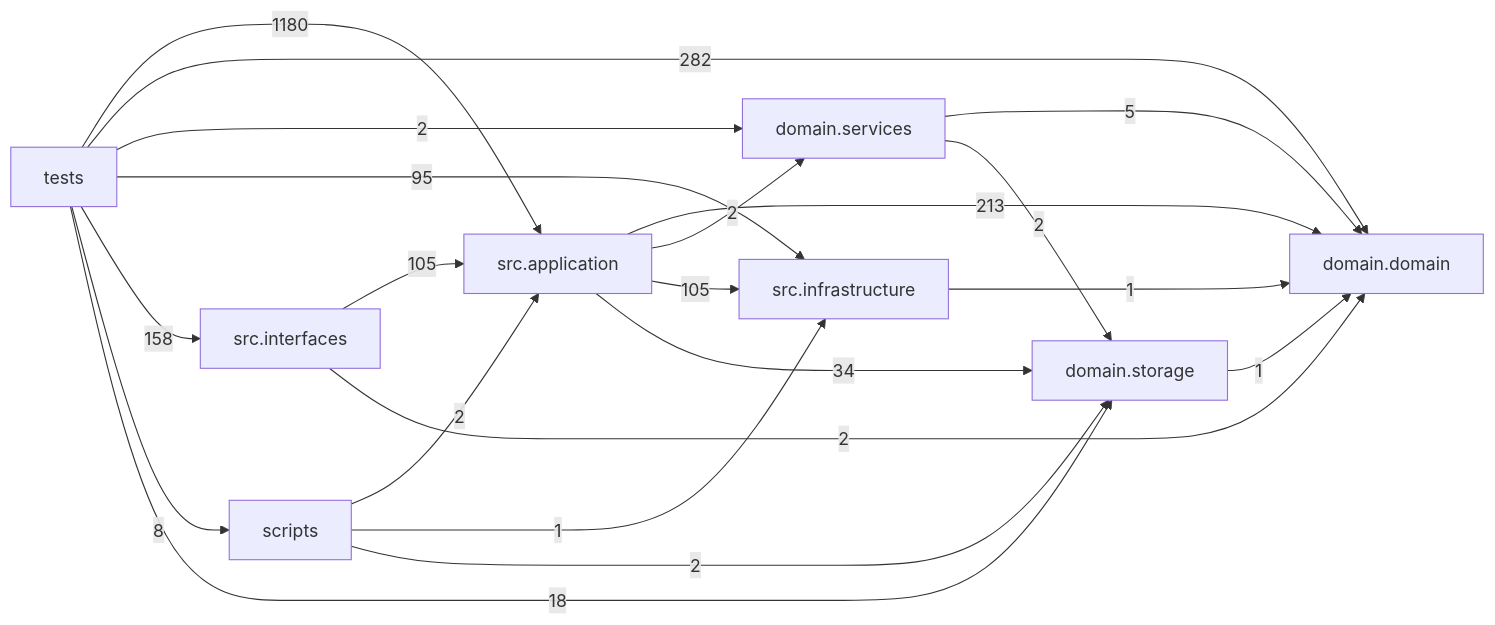
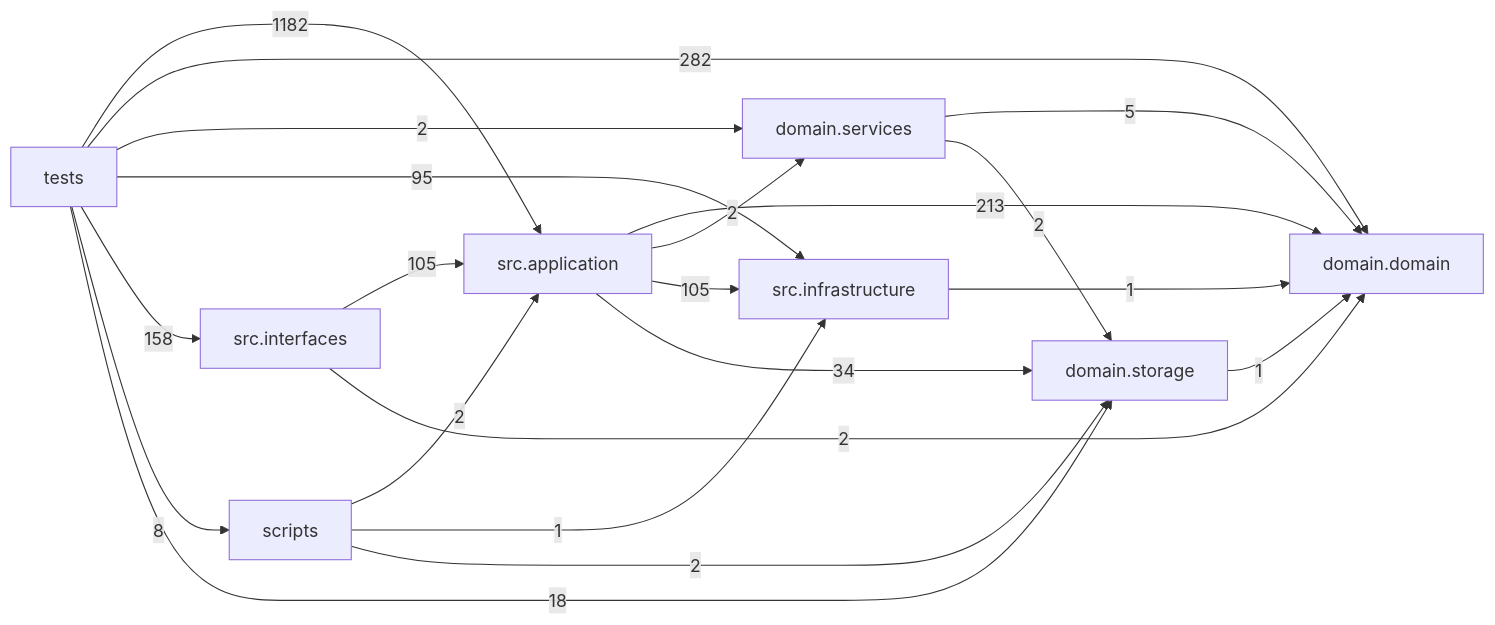
Before and after one commit to liuxie066/options-monitor: the diagram in docs/DEPENDENCY_GRAPH.md, drawn with Mermaid. The commit also changed other lines of this file and 4 other files, not shown here.

````diff
--- a/docs/DEPENDENCY_GRAPH.md
+++ b/docs/DEPENDENCY_GRAPH.md
@@ -24,31 +24,31 @@
 ```mermaid
 flowchart LR
   tests["tests"]
   scripts["scripts"]
   interfaces["src.interfaces"]
   application["src.application"]
   infrastructure["src.infrastructure"]
   domain_services["domain.services"]
   domain["domain.domain"]
   storage["domain.storage"]
   application -->|213| domain
   application -->|2| domain_services
   application -->|105| infrastructure
   application -->|34| storage
   domain_services -->|5| domain
   domain_services -->|2| storage
   infrastructure -->|1| domain
   interfaces -->|105| application
   interfaces -->|2| domain
   scripts -->|2| application
   scripts -->|1| infrastructure
   scripts -->|2| storage
   storage -->|1| domain
-  tests -->|1180| application
+  tests -->|1182| application
   tests -->|282| domain
   tests -->|2| domain_services
   tests -->|95| infrastructure
   tests -->|158| interfaces
   tests -->|8| scripts
   tests -->|18| storage
 ```
````
